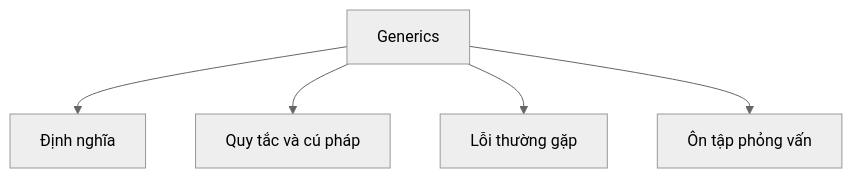
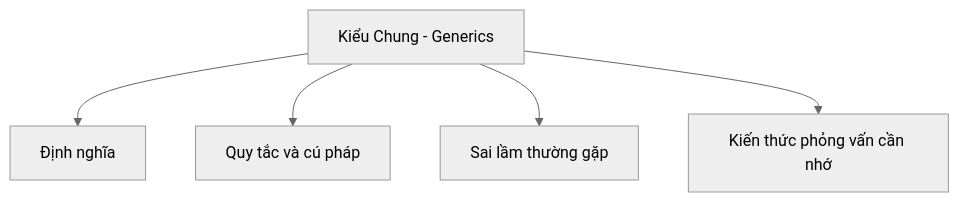
The diagram in vi/18-generics/README.md (PhuThien2005/theoretical-of-java-core), drawn with Mermaid (neutral theme) before and after one commit. The commit also changed other lines of this file and 229 other files, not shown here.

````diff
--- a/vi/18-generics/README.md
+++ b/vi/18-generics/README.md
@@ -57,7 +57,7 @@
 ```mermaid
 flowchart TD
-    A[Generics] --> B[Định nghĩa]
+    A[Kiểu Chung - Generics] --> B[Định nghĩa]
     A --> C[Quy tắc và cú pháp]
-    A --> D[Lỗi thường gặp]
-    A --> E[Ôn tập phỏng vấn]
+    A --> D[Sai lầm thường gặp]
+    A --> E[Kiến thức phỏng vấn cần nhớ]
 ```
````
